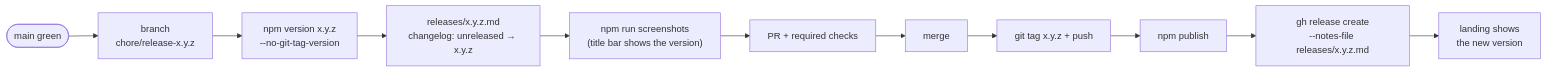
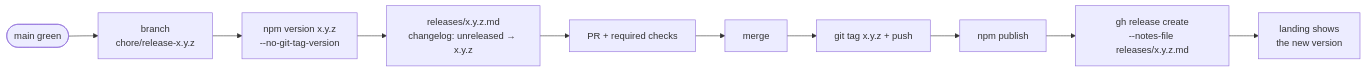
Before and after one commit to LINDECKER-Charles/gup: the diagram in docs/development/releasing.md, drawn with Mermaid. The commit also changed other lines of this file and 1 other file, not shown here.

````diff
--- a/docs/development/releasing.md
+++ b/docs/development/releasing.md
@@ -21,13 +21,12 @@
 ```mermaid
 flowchart LR
     Main([main green]) --> RB["branch<br/>chore/release-x.y.z"]
     RB --> Bump["npm version x.y.z<br/>--no-git-tag-version"]
     Bump --> Docs["releases/x.y.z.md<br/>changelog: unreleased → x.y.z"]
-    Docs --> Shots["npm run screenshots<br/>(title bar shows the version)"]
-    Shots --> PR[PR + required checks]
+    Docs --> PR[PR + required checks]
     PR --> Merge[merge]
     Merge --> Tag[git tag x.y.z + push]
     Tag --> Pub[npm publish]
     Pub --> GHR["gh release create<br/>--notes-file releases/x.y.z.md"]
     GHR --> Pages["landing shows<br/>the new version"]
 ```
````
